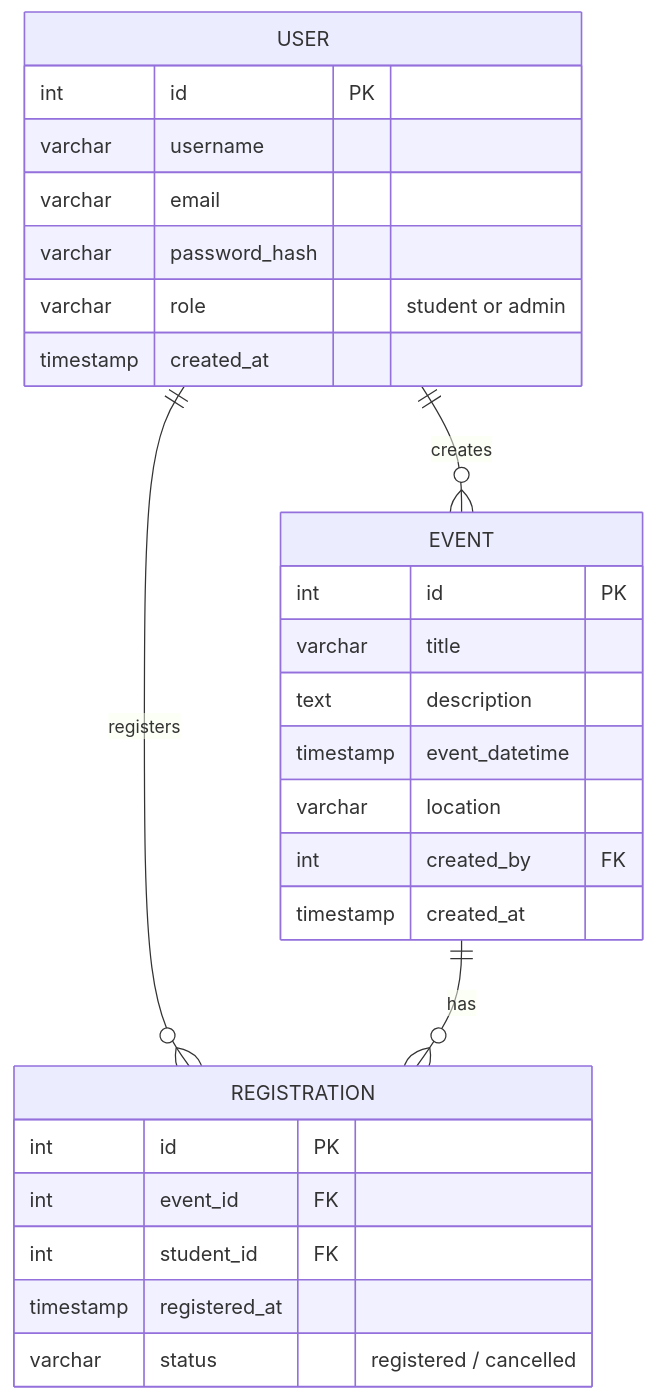
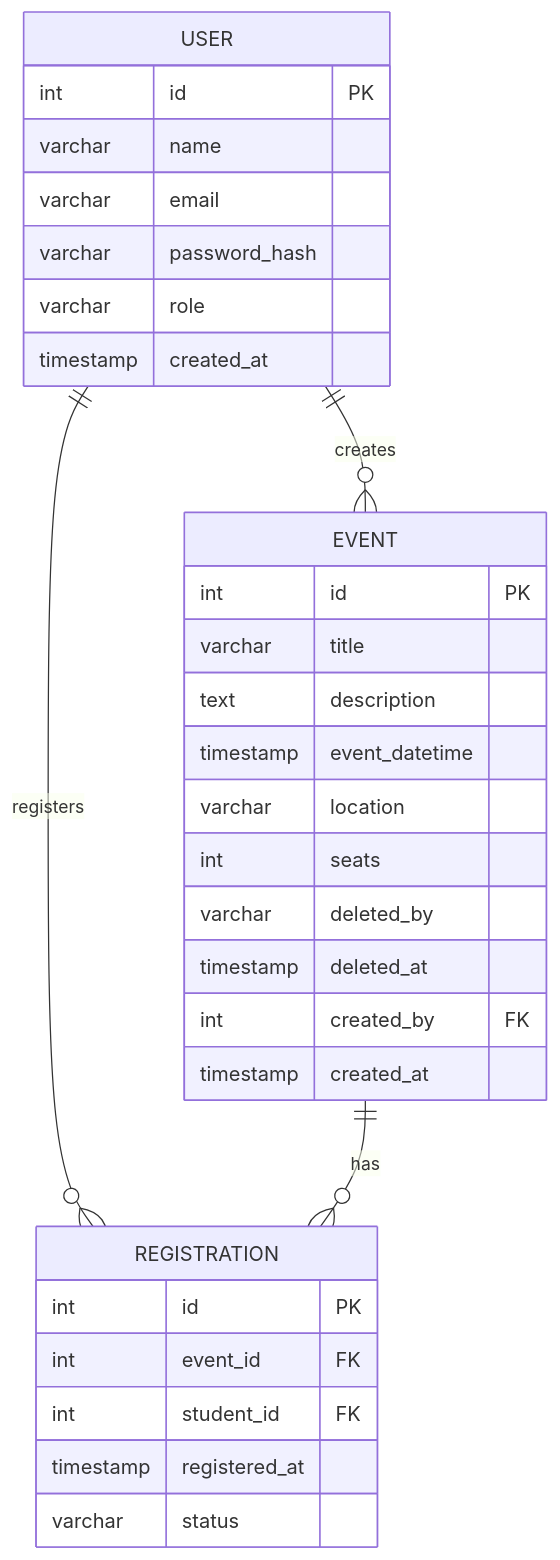
One commit to sarvjeet24kumar/Project-Documentation changed the diagram in docs/er_diagram.md. Above: the diagram before and after it, drawn with Mermaid. The commit also changed 5 other files, not shown here.

Commit message:
Update Fetaures in Event table and Add Project Flow

````diff
--- a/docs/er_diagram.md
+++ b/docs/er_diagram.md
@@ -1,34 +1,38 @@
 ```mermaid
 erDiagram
+
     USER {
         int id PK
-        varchar username
+        varchar name
         varchar email
         varchar password_hash
-        varchar role  "student or admin"
+        varchar role
         timestamp created_at
     }
 
     EVENT {
         int id PK
         varchar title
         text description
         timestamp event_datetime
         varchar location
+        int seats
+        varchar deleted_by
+        timestamp deleted_at
         int created_by FK
         timestamp created_at
     }
 
     REGISTRATION {
         int id PK
         int event_id FK
         int student_id FK
         timestamp registered_at
-        varchar status  "registered / cancelled"
+        varchar status
     }
 
-    %% Relationships
-    USER ||--o{ EVENT : creates
-    USER ||--o{ REGISTRATION : registers
-    EVENT ||--o{ REGISTRATION : has
+    USER ||--o{ EVENT : "creates"
+    USER ||--o{ REGISTRATION : "registers"
+    EVENT ||--o{ REGISTRATION : "has"
+
 ```
````
